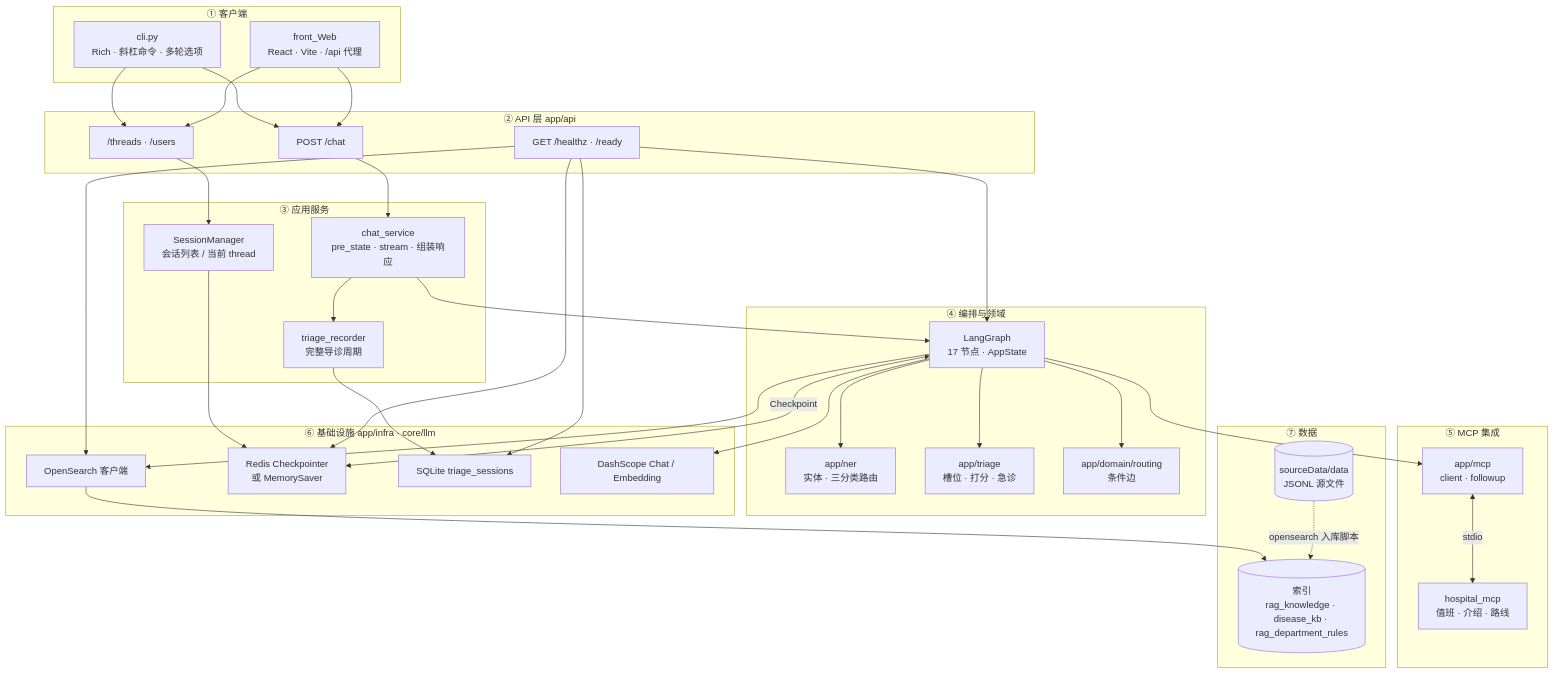
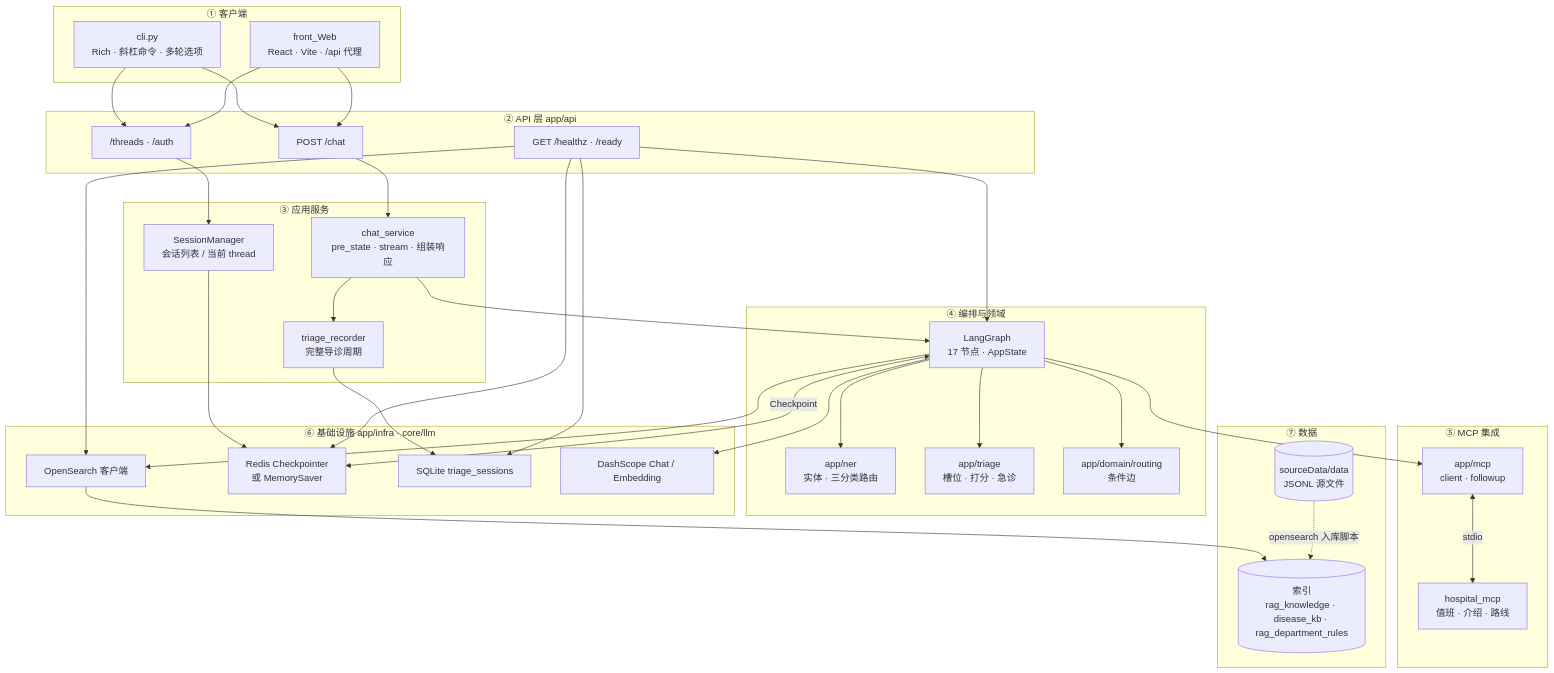
One commit to lobokiol/InitialArchitectureForMedicalAgent1 changed the diagram in README.md. Above: the diagram before and after it, drawn with Mermaid. The commit also changed 23 other files, not shown here.

````diff
--- a/README.md
+++ b/README.md
@@ -76,59 +76,59 @@
 ```mermaid
 flowchart TB
     subgraph L1["① 客户端"]
         CLI["cli.py<br/>Rich · 斜杠命令 · 多轮选项"]
         WEB["front_Web<br/>React · Vite · /api 代理"]
     end
 
     subgraph L2["② API 层 app/api"]
         CHAT["POST /chat"]
-        THREADS["/threads · /users"]
+        THREADS["/threads · /auth"]
         HEALTH["GET /healthz · /ready"]
     end
 
     subgraph L3["③ 应用服务"]
         CS["chat_service<br/>pre_state · stream · 组装响应"]
         TR["triage_recorder<br/>完整导诊周期"]
         SM["SessionManager<br/>会话列表 / 当前 thread"]
     end
 
     subgraph L4["④ 编排与领域"]
         LG["LangGraph<br/>17 节点 · AppState"]
         NER["app/ner<br/>实体 · 三分类路由"]
         TRI["app/triage<br/>槽位 · 打分 · 急诊"]
         RT["app/domain/routing<br/>条件边"]
     end
 
     subgraph L5["⑤ MCP 集成"]
         MCP_CLIENT["app/mcp<br/>client · followup"]
         HOSP_MCP["hospital_mcp<br/>值班 · 介绍 · 路线"]
     end
 
     subgraph L6["⑥ 基础设施 app/infra · core/llm"]
         OS["OpenSearch 客户端"]
         RD["Redis Checkpointer<br/>或 MemorySaver"]
         SQ["SQLite triage_sessions"]
         LLM["DashScope Chat / Embedding"]
     end
 
     subgraph L7["⑦ 数据"]
         IDX[("索引<br/>rag_knowledge · disease_kb · rag_department_rules")]
         JSONL[("sourceData/data<br/>JSONL 源文件")]
     end
 
     CLI & WEB --> CHAT & THREADS
     CHAT --> CS
     THREADS --> SM
     CS --> LG
     CS --> TR
     LG --> NER & TRI & RT
     LG --> OS & LLM
     LG --> MCP_CLIENT
     MCP_CLIENT <-->|stdio| HOSP_MCP
     LG <-->|Checkpoint| RD
     SM --> RD
     TR --> SQ
     OS --> IDX
     JSONL -.->|opensearch 入库脚本| IDX
     HEALTH --> OS & RD & SQ & LG
 ```
````
